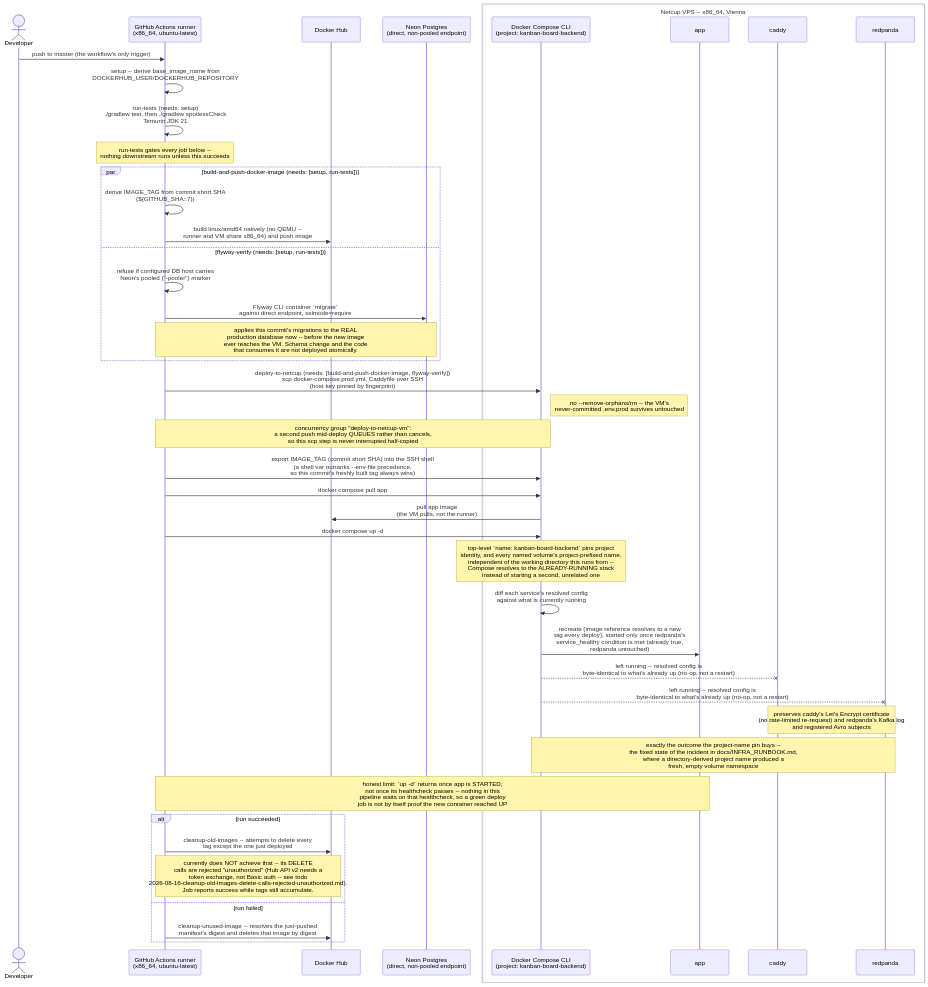
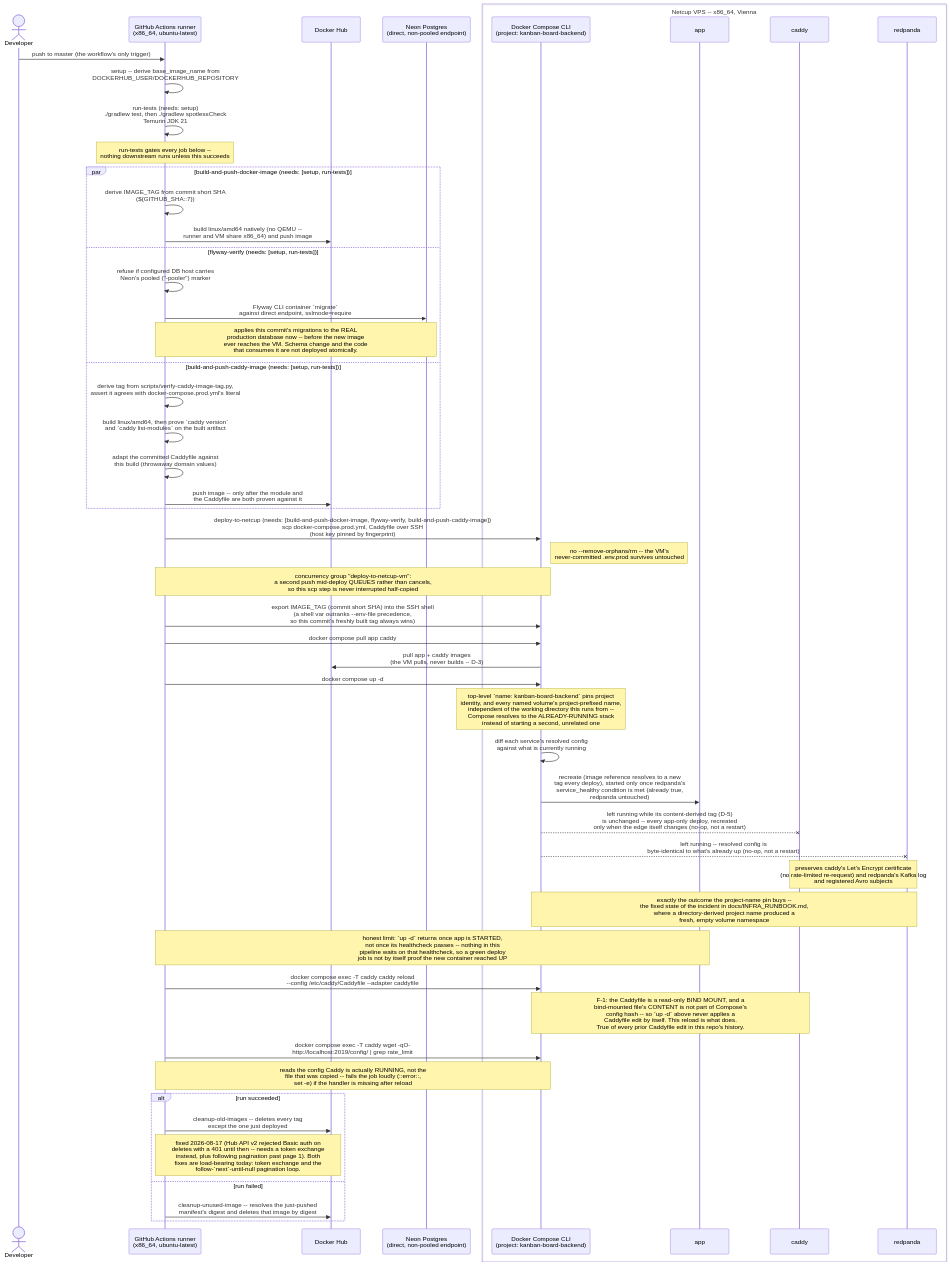
The diagram in docs/diagrams/infra-delivery-scenario.mmd (RudVlad473/kanban-board-backend), drawn with Mermaid before and after one commit. The commit also changed 5 other files, not shown here.

```diff
--- a/docs/diagrams/infra-delivery-scenario.mmd
+++ b/docs/diagrams/infra-delivery-scenario.mmd
@@ -1,52 +1,62 @@
 sequenceDiagram
     actor Dev as Developer
     participant GH as GitHub Actions runner<br/>(x86_64, ubuntu-latest)
     participant DH as Docker Hub
     participant Neon as Neon Postgres<br/>(direct, non-pooled endpoint)
 
     box Netcup VPS -- x86_64, Vienna
     participant Comp as Docker Compose CLI<br/>(project: kanban-board-backend)
     participant App as app
     participant Caddy as caddy
     participant RP as redpanda
     end
 
     Dev->>GH: push to master (the workflow's only trigger)
 
     GH->>GH: setup -- derive base_image_name from<br/>DOCKERHUB_USER/DOCKERHUB_REPOSITORY
 
     GH->>GH: run-tests (needs: setup)<br/>./gradlew test, then ./gradlew spotlessCheck<br/>Temurin JDK 21
     Note over GH: run-tests gates every job below --<br/>nothing downstream runs unless this succeeds
 
     par build-and-push-docker-image (needs: [setup, run-tests])
         GH->>GH: derive IMAGE_TAG from commit short SHA<br/>(${GITHUB_SHA::7})
         GH->>DH: build linux/amd64 natively (no QEMU --<br/>runner and VM share x86_64) and push image
     and flyway-verify (needs: [setup, run-tests])
         GH->>GH: refuse if configured DB host carries<br/>Neon's pooled ("-pooler") marker
         GH->>Neon: Flyway CLI container `migrate`<br/>against direct endpoint, sslmode=require
         Note over GH,Neon: applies this commit's migrations to the REAL<br/>production database now -- before the new image<br/>ever reaches the VM. Schema change and the code<br/>that consumes it are not deployed atomically.
+    and build-and-push-caddy-image (needs: [setup, run-tests])
+        GH->>GH: derive tag from scripts/verify-caddy-image-tag.py,<br/>assert it agrees with docker-compose.prod.yml's literal
+        GH->>GH: build linux/amd64, then prove `caddy version`<br/>and `caddy list-modules` on the built artifact
+        GH->>GH: adapt the committed Caddyfile against<br/>this build (throwaway domain values)
+        GH->>DH: push image -- only after the module and<br/>the Caddyfile are both proven against it
     end
 
-    GH->>Comp: deploy-to-netcup (needs: [build-and-push-docker-image, flyway-verify])<br/>scp docker-compose.prod.yml, Caddyfile over SSH<br/>(host key pinned by fingerprint)
+    GH->>Comp: deploy-to-netcup (needs: [build-and-push-docker-image, flyway-verify, build-and-push-caddy-image])<br/>scp docker-compose.prod.yml, Caddyfile over SSH<br/>(host key pinned by fingerprint)
     Note right of Comp: no --remove-orphans/rm -- the VM's<br/>never-committed .env.prod survives untouched
     Note over GH,Comp: concurrency group "deploy-to-netcup-vm":<br/>a second push mid-deploy QUEUES rather than cancels,<br/>so this scp step is never interrupted half-copied
     GH->>Comp: export IMAGE_TAG (commit short SHA) into the SSH shell<br/>(a shell var outranks --env-file precedence,<br/>so this commit's freshly built tag always wins)
-    GH->>Comp: docker compose pull app
-    Comp->>DH: pull app image<br/>(the VM pulls, not the runner)
+    GH->>Comp: docker compose pull app caddy
+    Comp->>DH: pull app + caddy images<br/>(the VM pulls, never builds -- D-3)
 
     GH->>Comp: docker compose up -d
     Note over Comp: top-level `name: kanban-board-backend` pins project<br/>identity, and every named volume's project-prefixed name,<br/>independent of the working directory this runs from --<br/>Compose resolves to the ALREADY-RUNNING stack<br/>instead of starting a second, unrelated one
     Comp->>Comp: diff each service's resolved config<br/>against what is currently running
     Comp->>App: recreate (image reference resolves to a new<br/>tag every deploy), started only once redpanda's<br/>service_healthy condition is met (already true,<br/>redpanda untouched)
-    Comp--xCaddy: left running -- resolved config is<br/>byte-identical to what's already up (no-op, not a restart)
+    Comp--xCaddy: left running while its content-derived tag (D-5)<br/>is unchanged -- every app-only deploy, recreated<br/>only when the edge itself changes (no-op, not a restart)
     Comp--xRP: left running -- resolved config is<br/>byte-identical to what's already up (no-op, not a restart)
     Note over Caddy,RP: preserves caddy's Let's Encrypt certificate<br/>(no rate-limited re-request) and redpanda's Kafka log<br/>and registered Avro subjects
     Note over Comp,RP: exactly the outcome the project-name pin buys --<br/>the fixed state of the incident in docs/INFRA_RUNBOOK.md,<br/>where a directory-derived project name produced a<br/>fresh, empty volume namespace
     Note over GH,App: honest limit: `up -d` returns once app is STARTED,<br/>not once its healthcheck passes -- nothing in this<br/>pipeline waits on that healthcheck, so a green deploy<br/>job is not by itself proof the new container reached UP
 
+    GH->>Comp: docker compose exec -T caddy caddy reload<br/>--config /etc/caddy/Caddyfile --adapter caddyfile
+    Note over Comp,Caddy: F-1: the Caddyfile is a read-only BIND MOUNT, and a<br/>bind-mounted file's CONTENT is not part of Compose's<br/>config hash -- so `up -d` above never applies a<br/>Caddyfile edit by itself. This reload is what does.<br/>True of every prior Caddyfile edit in this repo's history.
+    GH->>Comp: docker compose exec -T caddy wget -qO-<br/>http://localhost:2019/config/ | grep rate_limit
+    Note over GH,Comp: reads the config Caddy is actually RUNNING, not the<br/>file that was copied -- fails the job loudly (::error::,<br/>set -e) if the handler is missing after reload
+
     alt run succeeded
-        GH->>DH: cleanup-old-images -- attempts to delete every<br/>tag except the one just deployed
-        Note over GH,DH: currently does NOT achieve that -- its DELETE<br/>calls are rejected "unauthorized" (Hub API v2 needs a<br/>token exchange, not Basic auth -- see todo<br/>2026-08-16-cleanup-old-images-delete-calls-rejected-unauthorized.md).<br/>Job reports success while tags still accumulate.
+        GH->>DH: cleanup-old-images -- deletes every tag<br/>except the one just deployed
+        Note over GH,DH: fixed 2026-08-17 (Hub API v2 rejected Basic auth on<br/>deletes with a 401 until then -- needs a token exchange<br/>instead, plus following pagination past page 1). Both<br/>fixes are load-bearing today: token exchange and the<br/>follow-`next`-until-null pagination loop.
     else run failed
         GH->>DH: cleanup-unused-image -- resolves the just-pushed<br/>manifest's digest and deletes that image by digest
     end
```
